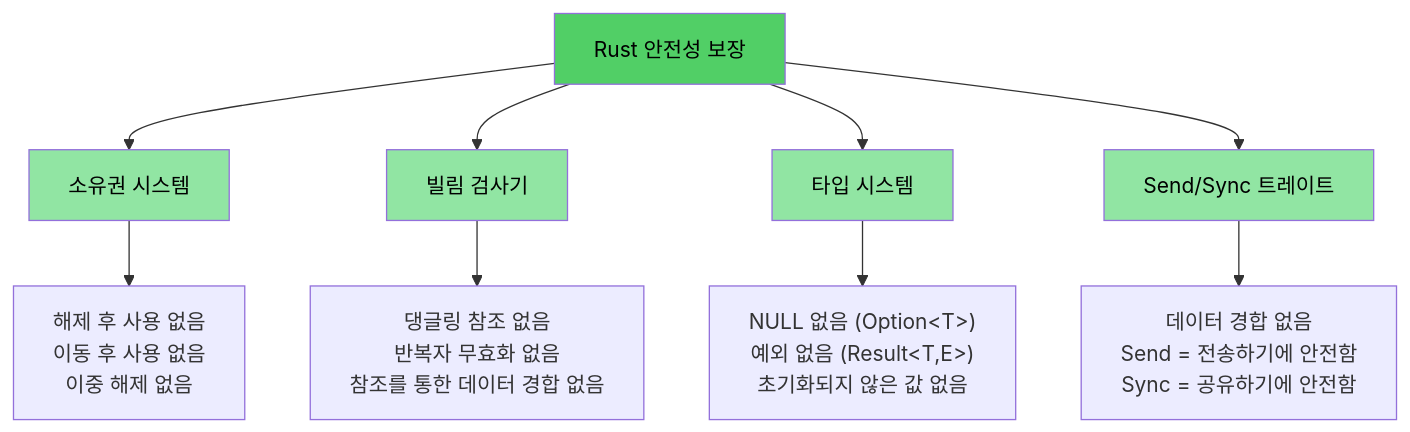
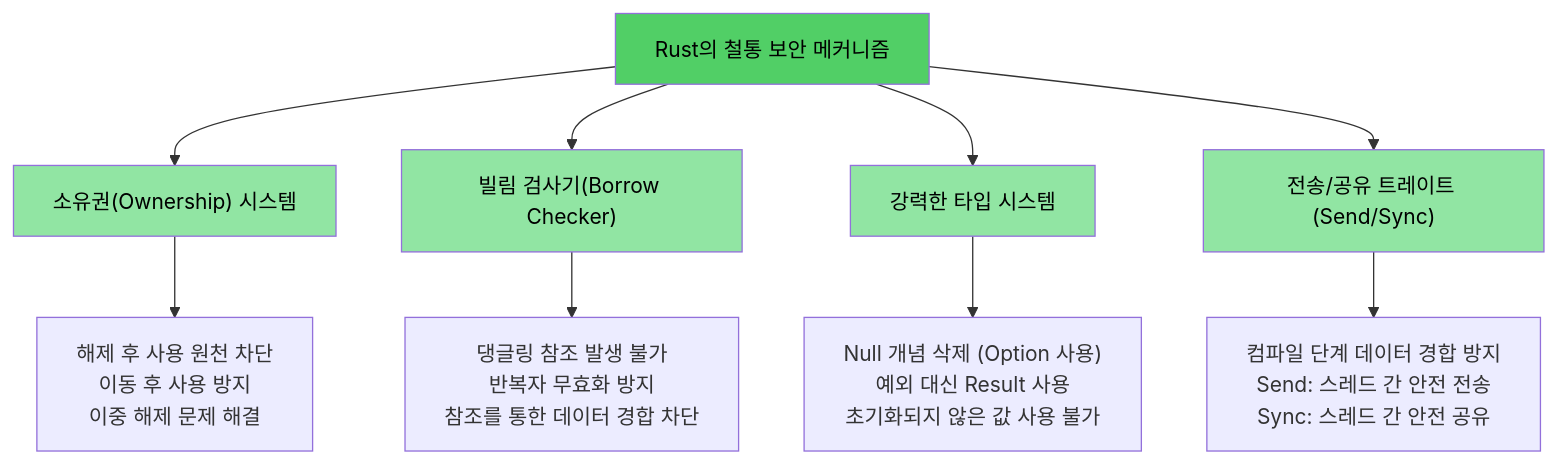
The third of 3 diagrams in c-cpp-book/src/ch01-1-why-c-cpp-developers-need-rust.md (partrita/RustTraining), drawn with Mermaid before and after one commit. The commit also changed other lines of this file and 157 other files, not shown here.

````diff
--- a/c-cpp-book/src/ch01-1-why-c-cpp-developers-need-rust.md
+++ b/c-cpp-book/src/ch01-1-why-c-cpp-developers-need-rust.md
@@ -334,18 +297,18 @@
 ```mermaid
 graph TD
-    RUST["Rust 안전성 보장"] --> OWN["소유권 시스템"]
-    RUST --> BORROW["빌림 검사기"]
-    RUST --> TYPES["타입 시스템"]
-    RUST --> TRAITS["Send/Sync 트레이트"]
+    RUST["Rust의 철통 보안 메커니즘"] --> OWN["소유권(Ownership) 시스템"]
+    RUST --> BORROW["빌림 검사기(Borrow Checker)"]
+    RUST --> TYPES["강력한 타입 시스템"]
+    RUST --> TRAITS["전송/공유 트레이트 (Send/Sync)"]
 
-    OWN --> OWN1["해제 후 사용 없음<br/>이동 후 사용 없음<br/>이중 해제 없음"]
-    BORROW --> BORROW1["댕글링 참조 없음<br/>반복자 무효화 없음<br/>참조를 통한 데이터 경합 없음"]
-    TYPES --> TYPES1["NULL 없음 (Option&lt;T&gt;)<br/>예외 없음 (Result&lt;T,E&gt;)<br/>초기화되지 않은 값 없음"]
-    TRAITS --> TRAITS1["데이터 경합 없음<br/>Send = 전송하기에 안전함<br/>Sync = 공유하기에 안전함"]
+    OWN --> OWN1["해제 후 사용 원천 차단<br/>이동 후 사용 방지<br/>이중 해제 문제 해결"]
+    BORROW --> BORROW1["댕글링 참조 발생 불가<br/>반복자 무효화 방지<br/>참조를 통한 데이터 경합 차단"]
+    TYPES --> TYPES1["Null 개념 삭제 (Option 사용)<br/>예외 대신 Result 사용<br/>초기화되지 않은 값 사용 불가"]
+    TRAITS --> TRAITS1["컴파일 단계 데이터 경합 방지<br/>Send: 스레드 간 안전 전송<br/>Sync: 스레드 간 안전 공유"]
 
     style RUST fill:#51cf66,color:#000
     style OWN fill:#91e5a3,color:#000
     style BORROW fill:#91e5a3,color:#000
     style TYPES fill:#91e5a3,color:#000
     style TRAITS fill:#91e5a3,color:#000
 ```
````
